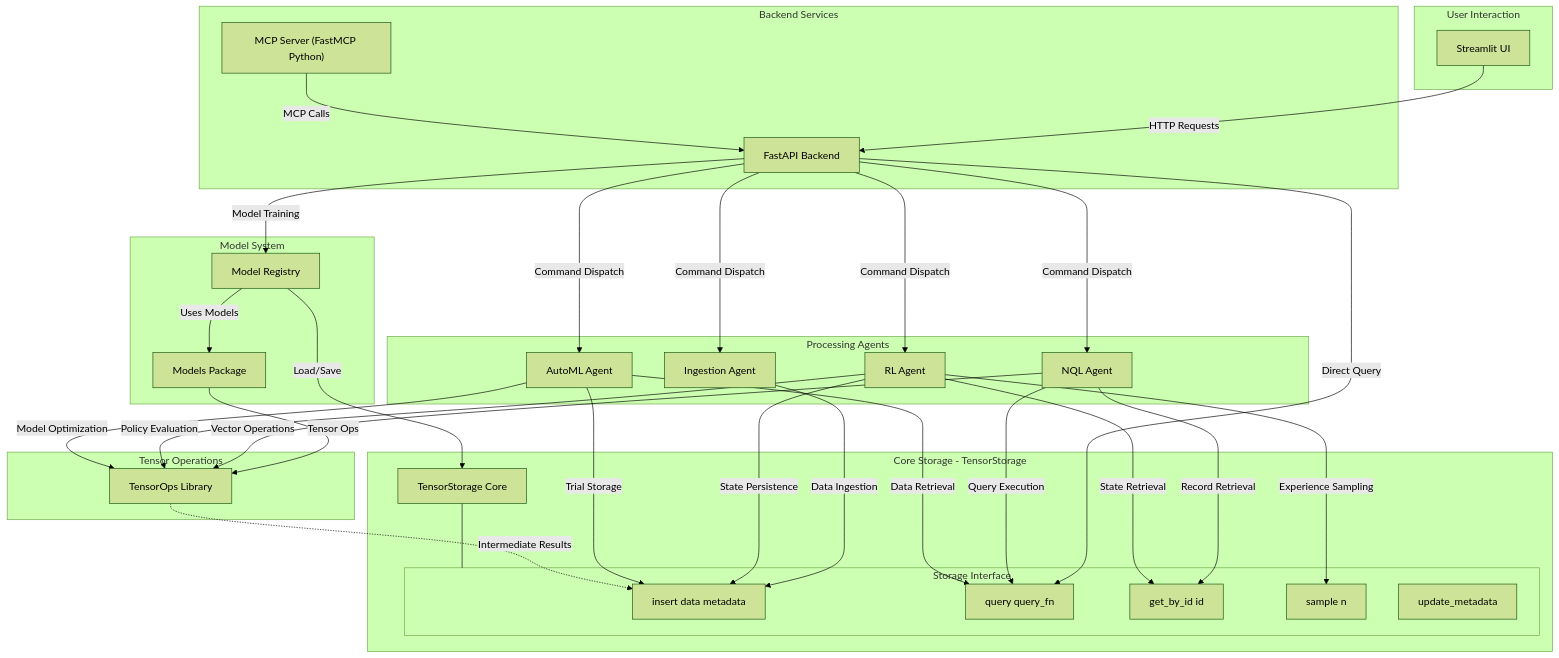
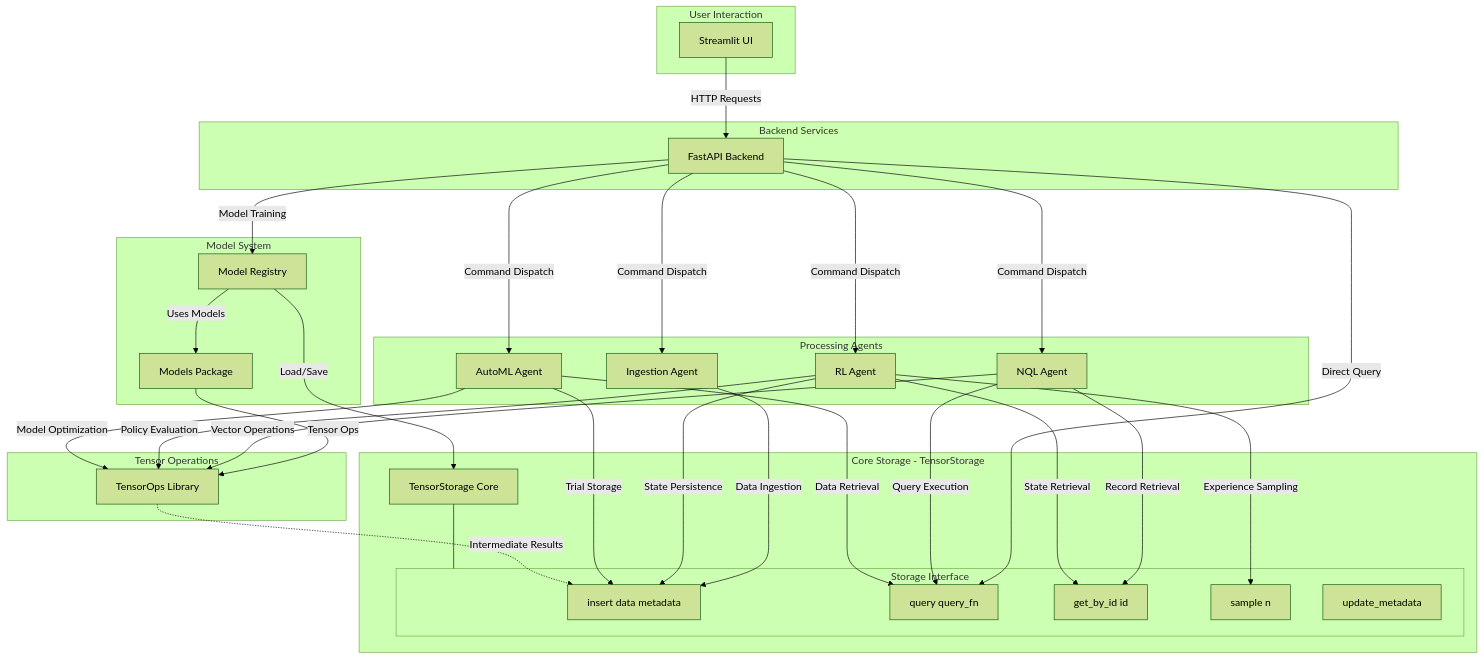
The diagram in README.md (tensorus/tensorus), drawn with Mermaid (forest theme) before and after one commit. The commit also changed other lines of this file and 12 other files, not shown here.

```diff
--- a/README.md
+++ b/README.md
@@ -95,7 +81,6 @@
     %% API Gateway Layer
     subgraph API_Layer ["Backend Services"]
         API[FastAPI Backend]
-        MCP["MCP Server (FastMCP Python)"]
     end
 
     %% Core Storage with Method Interface
@@ -130,9 +115,8 @@
         TOps[TensorOps Library]
     end
 
-    %% Primary UI & MCP Flow
+    %% Primary UI Flow
     UI -->|HTTP Requests| API
-    MCP -->|MCP Calls| API
 
     %% API Orchestration
     API -->|Command Dispatch| IA
```
